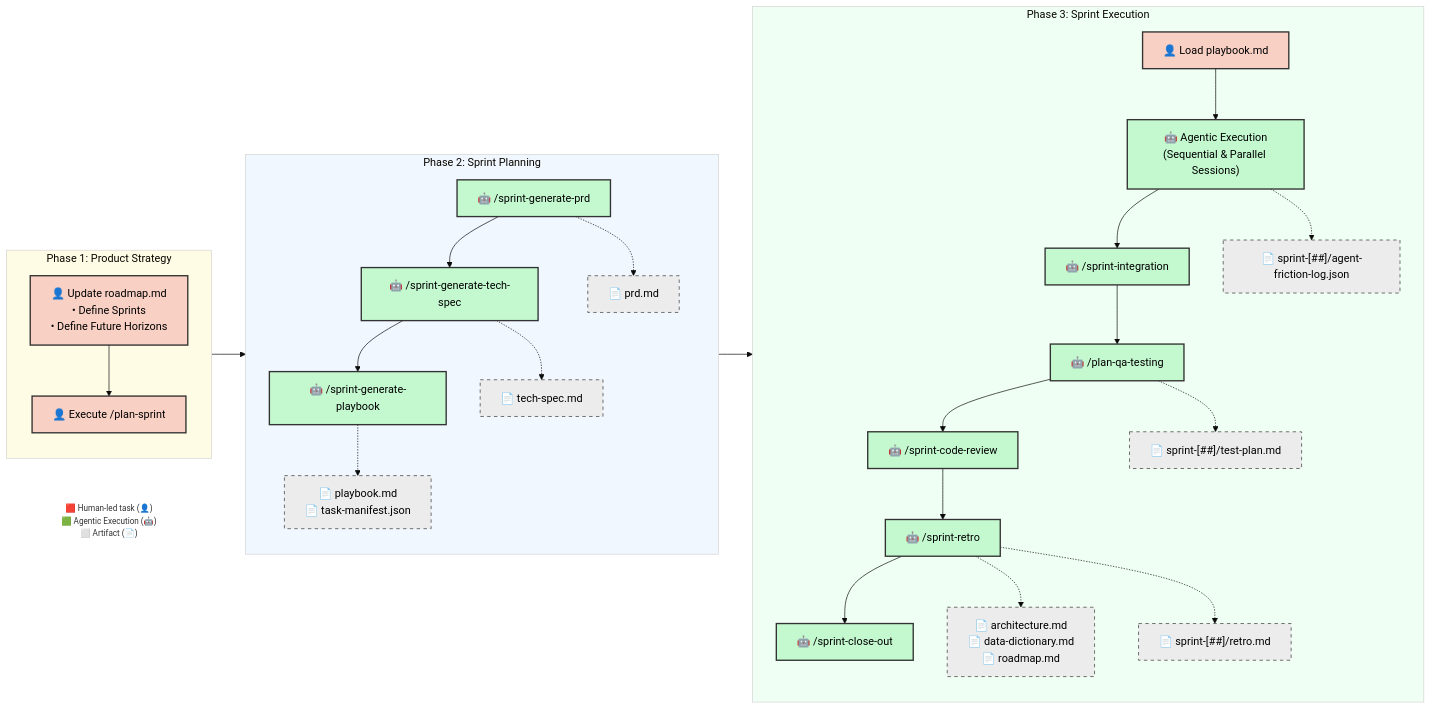
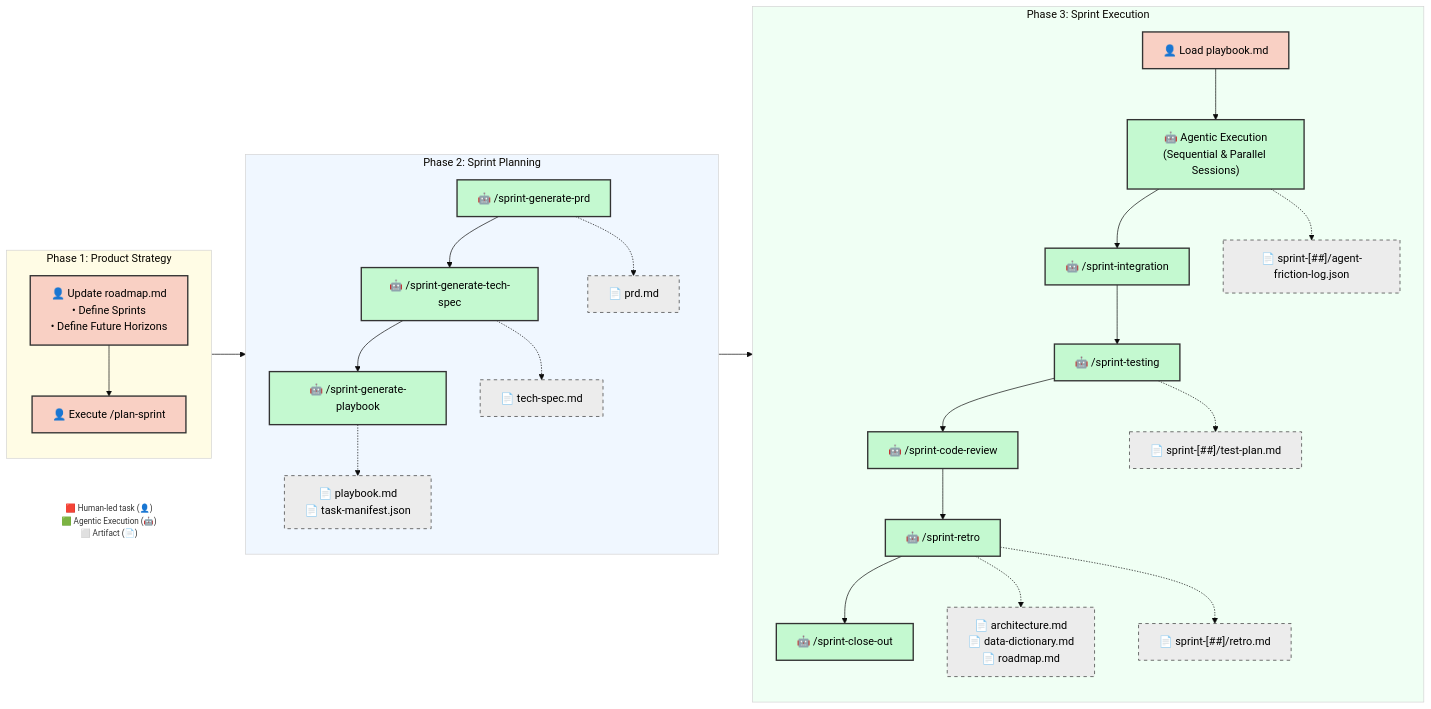
One commit to dsj1984/agent-protocols changed the diagram in .agents/SDLC.md. Above: the diagram before and after it, drawn with Mermaid (base theme). The commit also changed other lines of this file and 12 other files, not shown here.

Commit message:
chore(release): bump version to 2.17.2 and document sprint-testing rename

````diff
--- a/.agents/SDLC.md
+++ b/.agents/SDLC.md
@@ -22,64 +22,64 @@
 ```mermaid
     graph LR
     classDef manual fill:#f9d0c4,stroke:#333,stroke-width:2px,color:#000;
     classDef agentic fill:#c4f9d0,stroke:#333,stroke-width:2px,color:#000;
     classDef artifact fill:#ececec,stroke:#333,stroke-width:1px,stroke-dasharray: 5 5,color:#000;
     classDef LegendNode fill:transparent,stroke:transparent,font-size:12px;
 
     %% Legend
     Legend["🟥 Human-led task (👤)<br/>🟩 Agentic Execution (🤖)<br/>⬜ Artifact (📄)"]:::LegendNode
 
     %% Phase 1: Product Strategy
     subgraph Phase1 ["Phase 1: Product Strategy"]
         direction TB
         B["👤 Update roadmap.md<br/>• Define Sprints<br/>• Define Future Horizons"]:::manual
         D["👤 Execute /plan-sprint"]:::manual
         B --> D
     end
 
     %% Phase 2: Automated Planning
     subgraph Phase2 ["Phase 2: Sprint Planning"]
         direction TB
         F["🤖 /sprint-generate-prd"]:::agentic
         G["🤖 /sprint-generate-tech-spec"]:::agentic
         H["🤖 /sprint-generate-playbook"]:::agentic
 
         F --> G
         G --> H
 
         F -.-> F_Art["📄 prd.md"]:::artifact
         G -.-> G_Art["📄 tech-spec.md"]:::artifact
         H -.-> H_Art["📄 playbook.md<br/>📄 task-manifest.json"]:::artifact
     end
 
     %% Phase 3: Execution & Closure
     subgraph Phase3 ["Phase 3: Sprint Execution"]
         direction TB
         I["👤 Load playbook.md"]:::manual
         J["🤖 Agentic Execution<br/>(Sequential & Parallel Sessions)"]:::agentic
         K["🤖 /sprint-integration"]:::agentic
-        L["🤖 /plan-qa-testing"]:::agentic
+        L["🤖 /sprint-testing"]:::agentic
         O["🤖 /sprint-code-review"]:::agentic
         P["🤖 /sprint-retro"]:::agentic
         Q2["🤖 /sprint-close-out"]:::agentic
 
         I --> J
         J --> K
         K --> L
         L --> O
         O --> P
         P --> Q2
 
         L -.-> L_Art["📄 sprint-[##]/test-plan.md"]:::artifact
         J -.-> J_Log["📄 sprint-[##]/agent-friction-log.json"]:::artifact
         P -.-> Q["📄 architecture.md<br/>📄 data-dictionary.md<br/>📄 roadmap.md"]:::artifact
         P -.-> R["📄 sprint-[##]/retro.md"]:::artifact
     end
 
     style Phase1 fill:#fffce5,stroke:#d4d4d4,padding:0px
     style Phase2 fill:#f0f7ff,stroke:#d4d4d4,padding:0px
     style Phase3 fill:#f0fff4,stroke:#d4d4d4,padding:0px
 
     D --> F
     H_Art --> I
 ```
````
